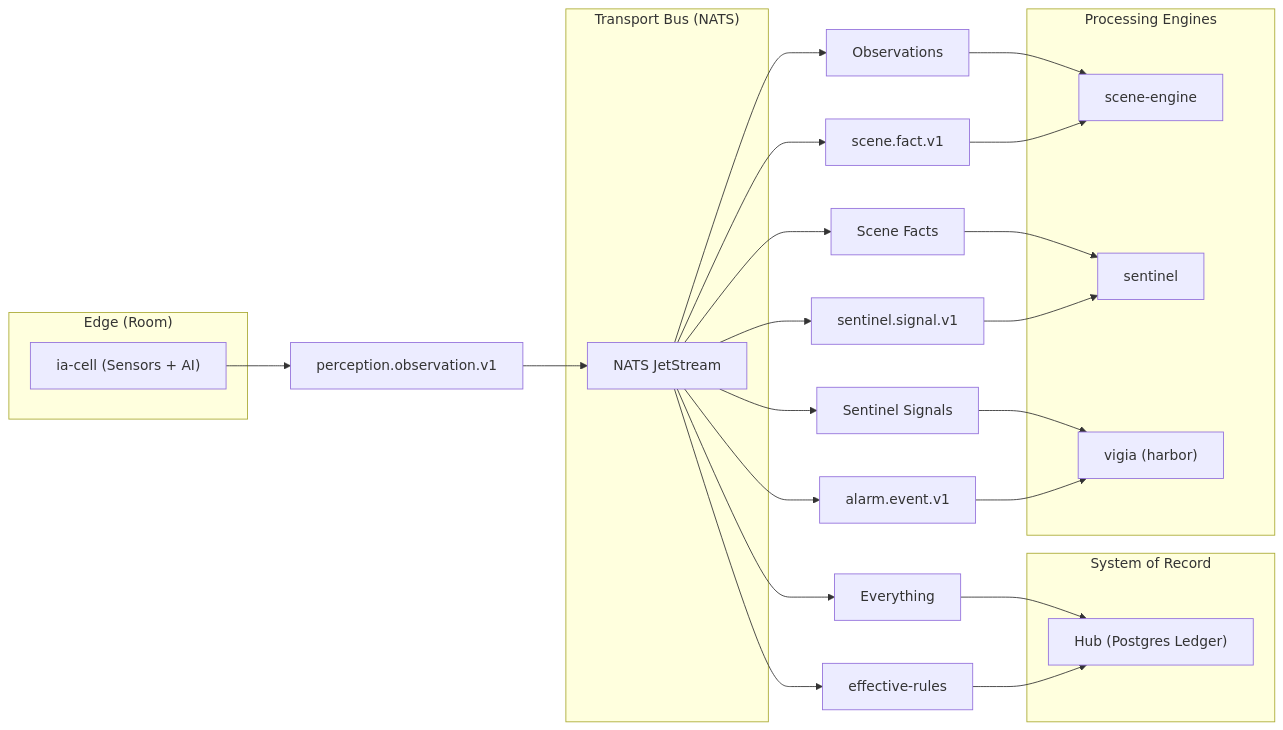
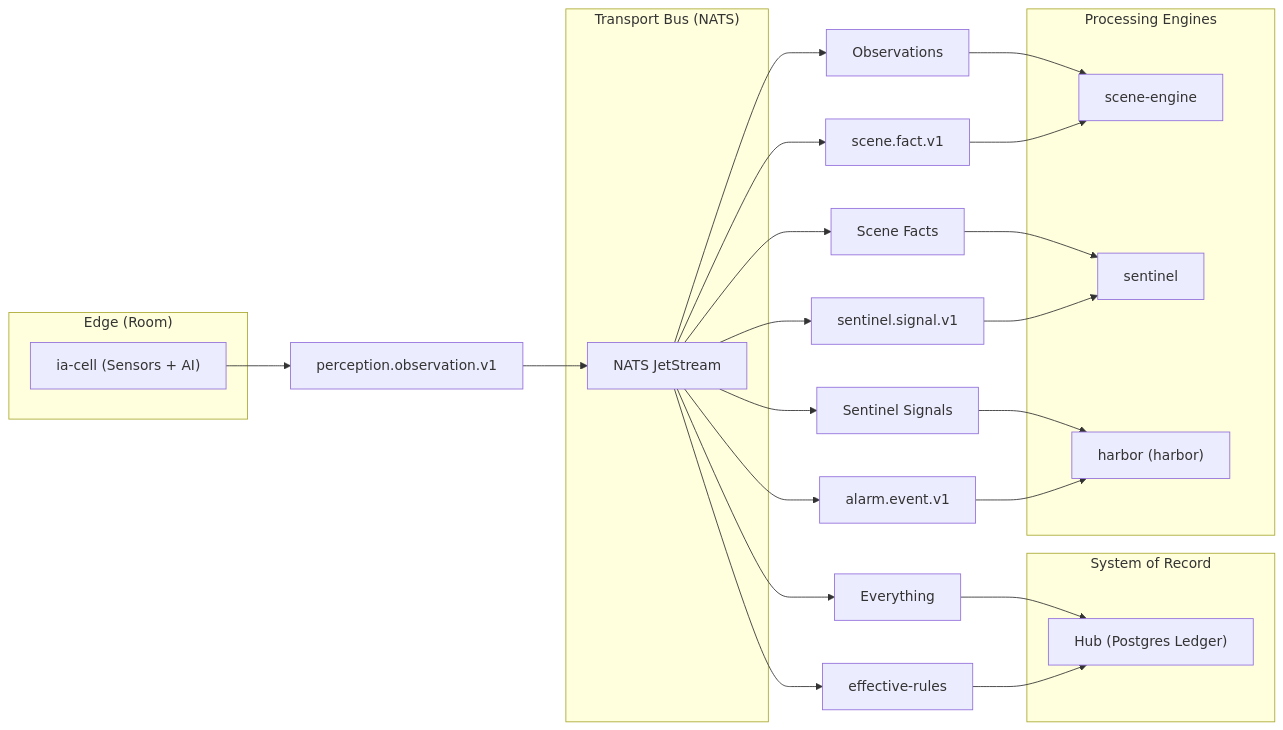
Before and after one commit to e7canasta/mana-hive: the first of 2 diagrams in docs/wiki/1.1-system-architecture-and-data-flow.md, drawn with Mermaid. The commit also changed other lines of this file and 47 other files, not shown here.

````diff
--- a/docs/wiki/1.1-system-architecture-and-data-flow.md
+++ b/docs/wiki/1.1-system-architecture-and-data-flow.md
@@ -26,55 +26,55 @@
 ```mermaid
 flowchart LR
 
     subgraph EDGE["Edge (Room)"]
         IACELL["ia-cell (Sensors + AI)"]
     end
 
     OBS["perception.observation.v1"]
 
     subgraph TRANSPORT["Transport Bus (NATS)"]
         NATS["NATS JetStream"]
     end
 
     EVERYTHING["Everything"]
     RULES["effective-rules"]
     OBSERVATIONS["Observations"]
     SCENE_FACT["scene.fact.v1"]
     SCENE_FACTS["Scene Facts"]
     SENTINEL_SIGNAL["sentinel.signal.v1"]
     SENTINEL_SIGNALS["Sentinel Signals"]
     ALARM["alarm.event.v1"]
 
     subgraph SOR["System of Record"]
         HUB["Hub (Postgres Ledger)"]
     end
 
     subgraph ENGINES["Processing Engines"]
         SCENE_ENGINE["scene-engine"]
         SENTINEL["sentinel"]
-        VIGIA["vigia (harbor)"]
+        HARBOR["harbor (harbor)"]
     end
 
     IACELL --> OBS
     OBS --> NATS
 
     NATS --> EVERYTHING
     NATS --> RULES
     NATS --> OBSERVATIONS
     NATS --> SCENE_FACT
     NATS --> SCENE_FACTS
     NATS --> SENTINEL_SIGNAL
     NATS --> SENTINEL_SIGNALS
     NATS --> ALARM
 
     EVERYTHING --> HUB
     RULES --> HUB
 
     OBSERVATIONS --> SCENE_ENGINE
     SCENE_FACT --> SCENE_ENGINE
     SCENE_FACTS --> SENTINEL
     SENTINEL_SIGNAL --> SENTINEL
-    SENTINEL_SIGNALS --> VIGIA
-    ALARM --> VIGIA
+    SENTINEL_SIGNALS --> HARBOR
+    ALARM --> HARBOR
 
 ```
````
